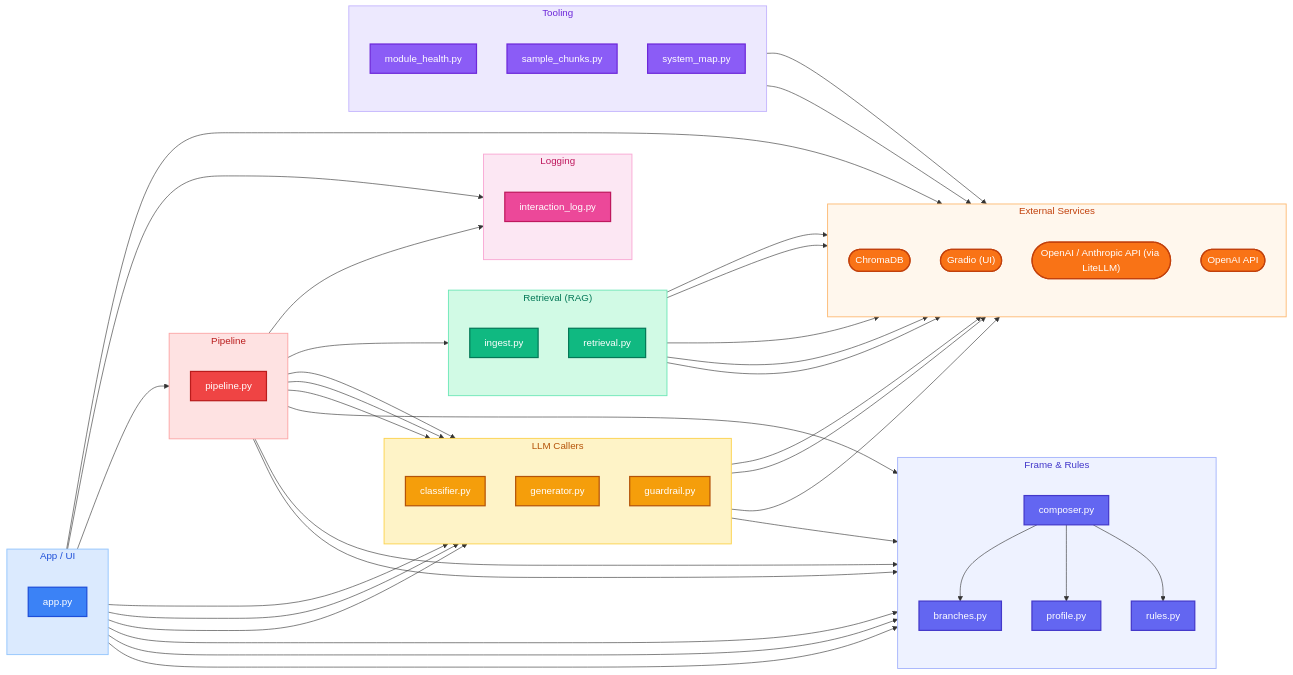
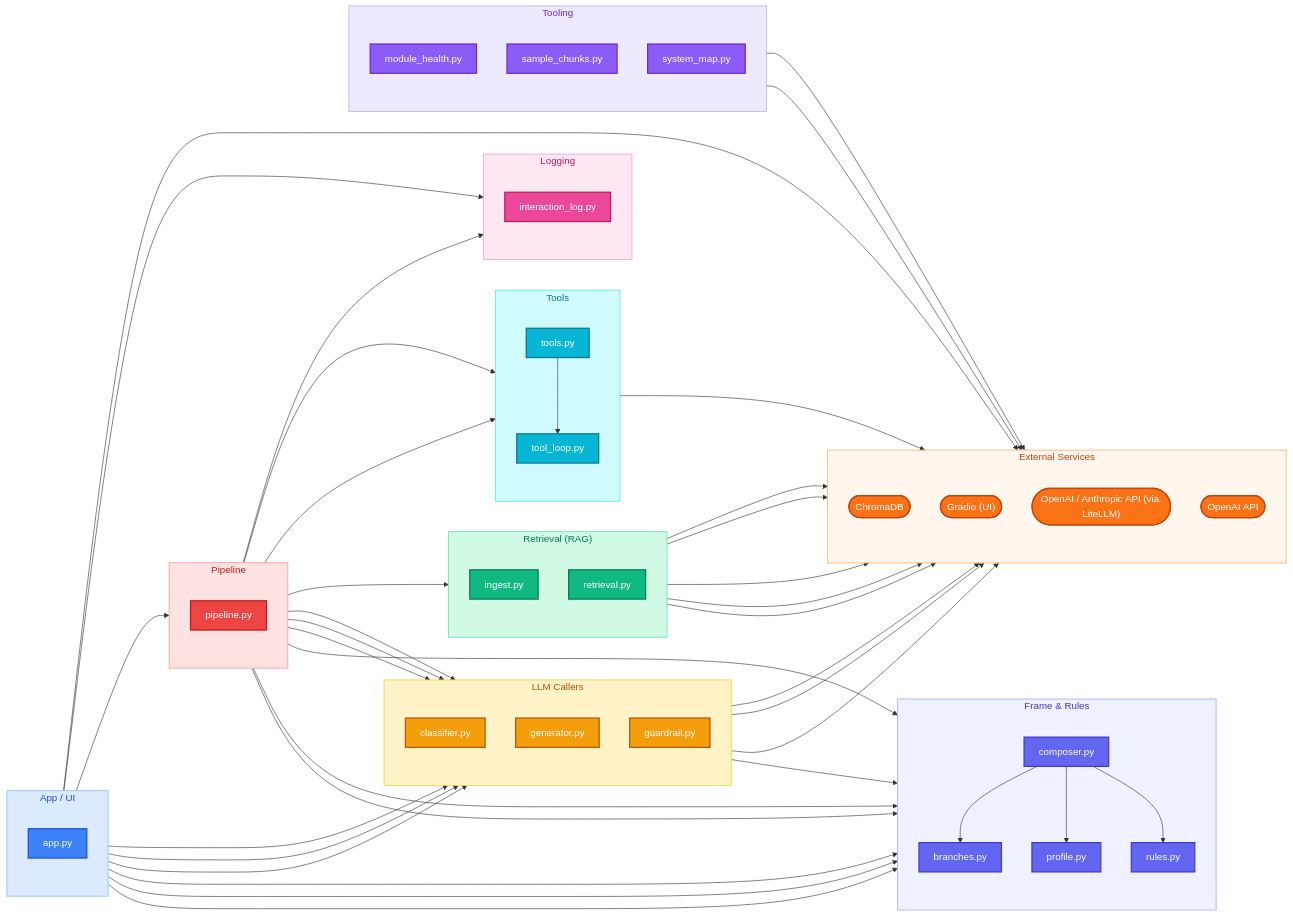
One commit to AlejandroFuentePinero/digital-twin changed the second of 2 diagrams in docs/MAP.md. Above: the diagram before and after it, drawn with Mermaid. The commit also changed other lines of this file and 14 other files, not shown here.

```diff
--- a/docs/MAP.md
+++ b/docs/MAP.md
@@ -64,6 +66,7 @@
   classDef llm fill:#f59e0b,stroke:#b45309,color:#ffffff,stroke-width:2px
   classDef retrieval fill:#10b981,stroke:#047857,color:#ffffff,stroke-width:2px
   classDef pipeline fill:#ef4444,stroke:#b91c1c,color:#ffffff,stroke-width:2px
+  classDef tools fill:#06b6d4,stroke:#0e7490,color:#ffffff,stroke-width:2px
   classDef logging fill:#ec4899,stroke:#be185d,color:#ffffff,stroke-width:2px
   classDef appui fill:#3b82f6,stroke:#1d4ed8,color:#ffffff,stroke-width:2px
   classDef legacy fill:#94a3b8,stroke:#475569,color:#ffffff,stroke-width:2px,stroke-dasharray:5 4
@@ -95,6 +98,12 @@
   subgraph sg_pipeline["Pipeline"]
     direction TB
     pipeline["pipeline.py"]:::pipeline
+  end
+
+  subgraph sg_tools["Tools"]
+    direction TB
+    tool_loop["tool_loop.py"]:::tools
+    tools["tools.py"]:::tools
   end
 
   subgraph sg_logging["Logging"]
@@ -134,6 +143,7 @@
   composer --> profile
   composer --> rules
   guardrail --> rules
+  pipeline --> tool_loop
   pipeline --> branches
   pipeline --> classifier
   pipeline --> composer
@@ -142,6 +152,8 @@
   pipeline --> interaction_log
   pipeline --> retrieval
   pipeline --> rules
+  pipeline --> tools
+  tools --> tool_loop
   app --> ext_Gradio__UI_
   classifier --> ext_OpenAI___Anthropic_API__via_LiteLLM_
   generator --> ext_OpenAI___Anthropic_API__via_LiteLLM_
@@ -153,11 +165,13 @@
   retrieval --> ext_OpenAI___Anthropic_API__via_LiteLLM_
   retrieval --> ext_OpenAI_API
   sample_chunks --> ext_ChromaDB
+  tools --> ext_OpenAI___Anthropic_API__via_LiteLLM_
 
   style sg_frame fill:#eef2ff,stroke:#a5b4fc,stroke-width:1.5px,color:#4338ca
   style sg_llm fill:#fef3c7,stroke:#fcd34d,stroke-width:1.5px,color:#b45309
   style sg_retrieval fill:#d1fae5,stroke:#6ee7b7,stroke-width:1.5px,color:#047857
   style sg_pipeline fill:#fee2e2,stroke:#fca5a5,stroke-width:1.5px,color:#b91c1c
+  style sg_tools fill:#cffafe,stroke:#67e8f9,stroke-width:1.5px,color:#0e7490
   style sg_logging fill:#fce7f3,stroke:#f9a8d4,stroke-width:1.5px,color:#be185d
   style sg_appui fill:#dbeafe,stroke:#93c5fd,stroke-width:1.5px,color:#1d4ed8
   style sg_tooling fill:#ede9fe,stroke:#c4b5fd,stroke-width:1.5px,color:#6d28d9
```
